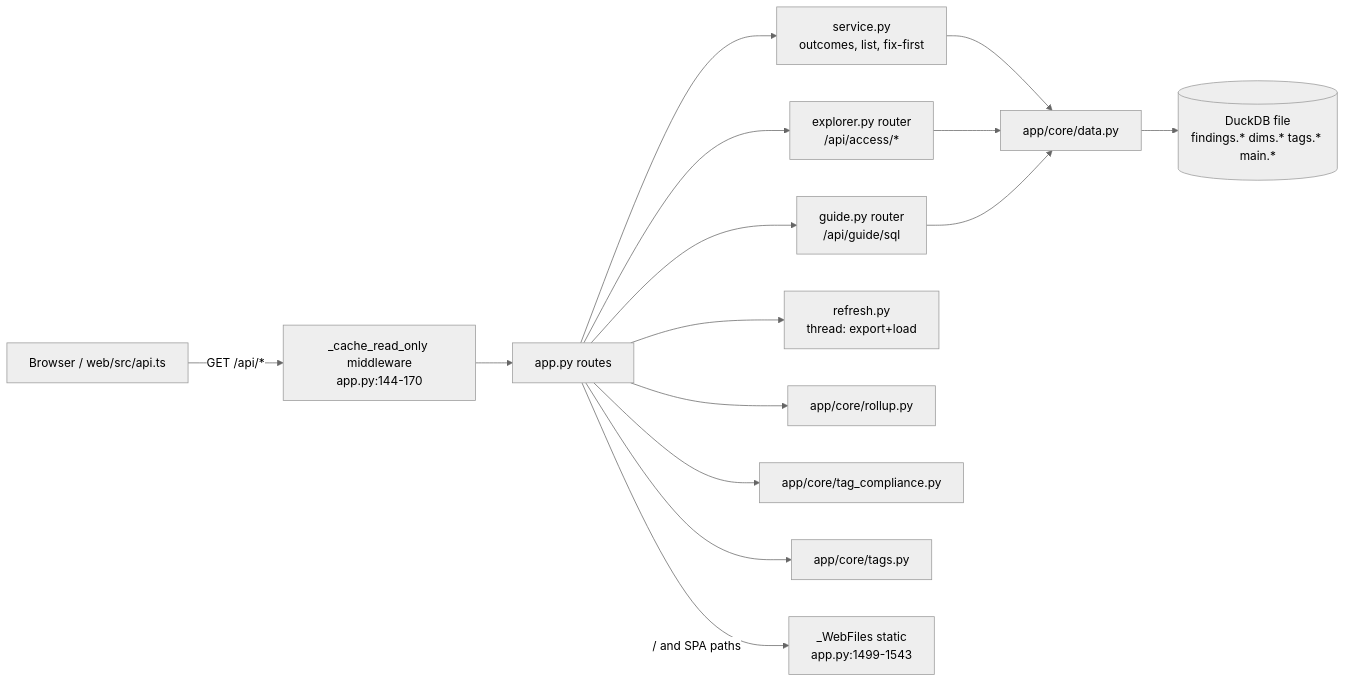
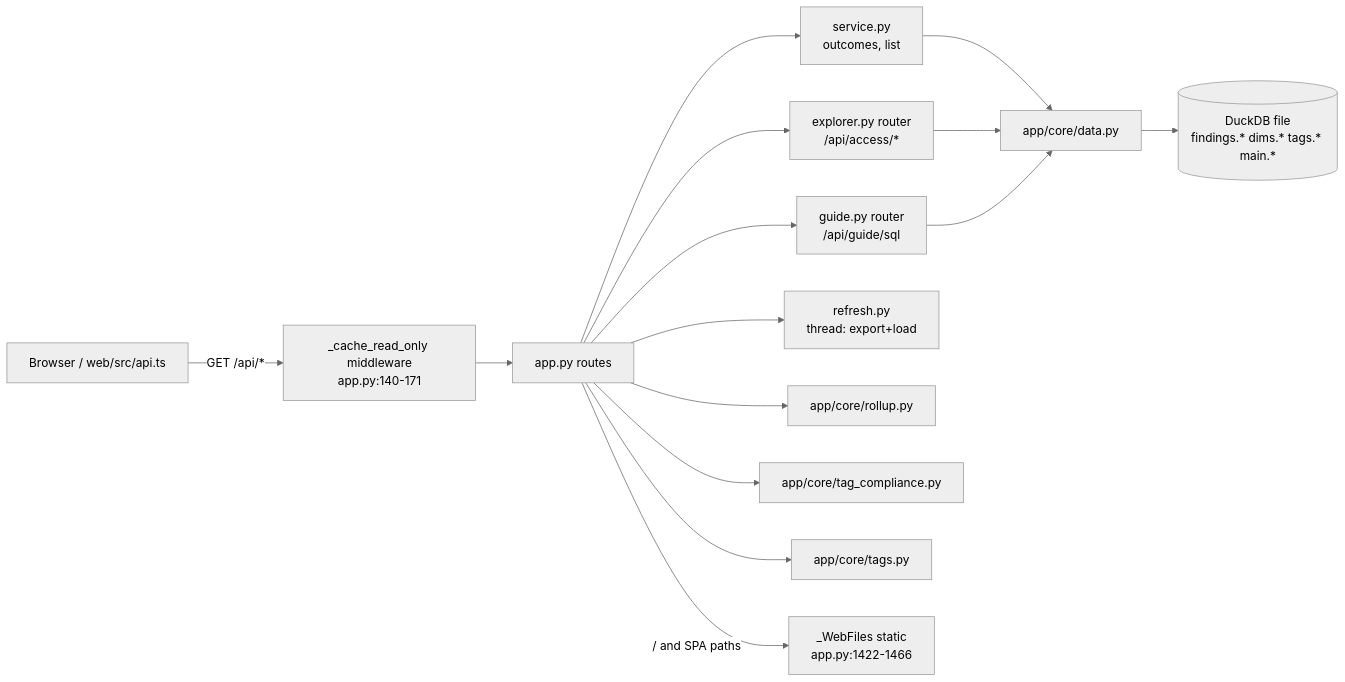
Before and after one commit to darshanmeel/snowflake-audit-app: the first of 2 diagrams in snowflake-audit-app-knowledge-graph/modules/api.md, drawn with Mermaid (neutral theme). The commit also changed other lines of this file and 191 other files, not shown here.

First line of the commit message:
Fix remaining review findings; update graph and docs

````diff
--- a/snowflake-audit-app-knowledge-graph/modules/api.md
+++ b/snowflake-audit-app-knowledge-graph/modules/api.md
@@ -9,17 +9,17 @@
 ```mermaid
 flowchart LR
-  B[Browser / web/src/api.ts] -->|GET /api/*| MW[_cache_read_only middleware<br/>app.py:144-170]
+  B[Browser / web/src/api.ts] -->|GET /api/*| MW[_cache_read_only middleware<br/>app.py:140-171]
   MW --> R[app.py routes]
-  R --> S[service.py<br/>outcomes, list, fix-first]
+  R --> S[service.py<br/>outcomes, list]
   R --> G[guide.py router<br/>/api/guide/sql]
   R --> X[explorer.py router<br/>/api/access/*]
   R --> RF[refresh.py<br/>thread: export+load]
   S --> D[app/core/data.py]
   R --> RO[app/core/rollup.py]
   R --> TC[app/core/tag_compliance.py]
   R --> T[app/core/tags.py]
   X --> D
   G --> D
   D --> DB[(DuckDB file<br/>findings.* dims.* tags.* main.*)]
-  R -->|/ and SPA paths| W[_WebFiles static<br/>app.py:1499-1543]
+  R -->|/ and SPA paths| W[_WebFiles static<br/>app.py:1422-1466]
 ```
````
